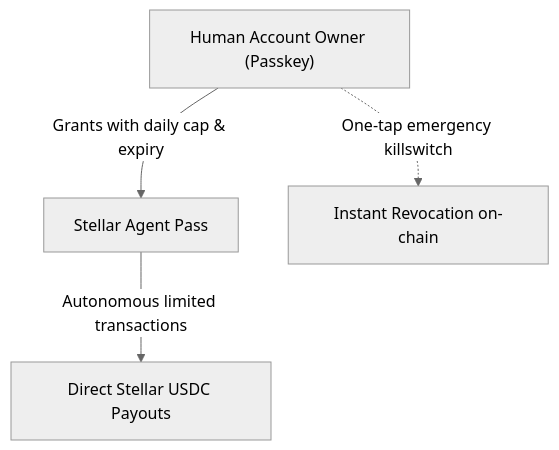
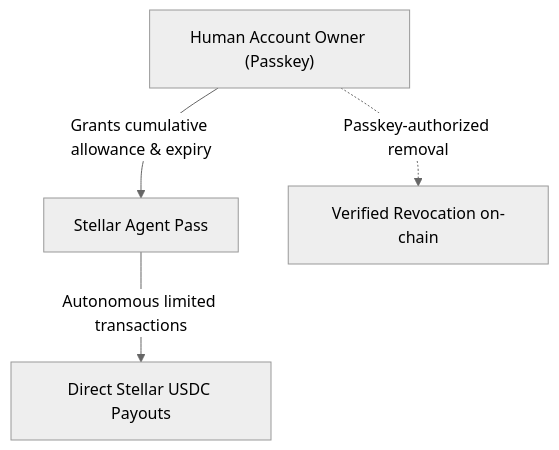
The diagram in design-system/telya/pages/agent-pass.md (Alike001/telya), drawn with Mermaid (neutral theme) before and after one commit. The commit also changed other lines of this file and 5 other files, not shown here.

````diff
--- a/design-system/telya/pages/agent-pass.md
+++ b/design-system/telya/pages/agent-pass.md
@@ -14,6 +14,6 @@
 ```mermaid
 flowchart TD
-    User["Human Account Owner (Passkey)"] -->|Grants with daily cap & expiry| Pass["Stellar Agent Pass"]
+    User["Human Account Owner (Passkey)"] -->|Grants cumulative allowance & expiry| Pass["Stellar Agent Pass"]
     Pass -->|Autonomous limited transactions| Execution["Direct Stellar USDC Payouts"]
-    User -.->|One-tap emergency killswitch| Revoke["Instant Revocation on-chain"]
+    User -.->|Passkey-authorized removal| Revoke["Verified Revocation on-chain"]
 ```
````
